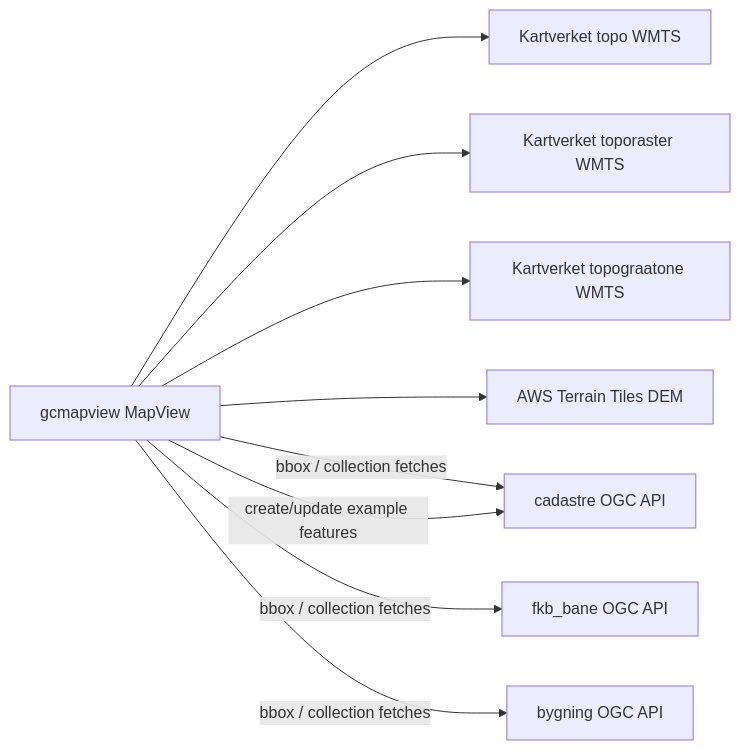
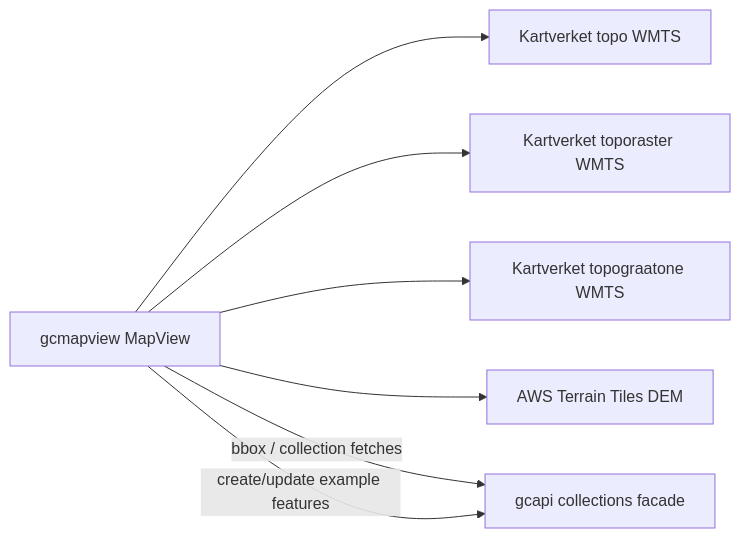
Before and after one commit to kartverket/topografisk-gdb-api: the ninth of 10 diagrams in docs/ARCHITECTURE.md, drawn with Mermaid. The commit also changed other lines of this file and 63 other files, not shown here.

First line of the commit message:
canonical OGC API facade (#87)

````diff
--- a/docs/ARCHITECTURE.md
+++ b/docs/ARCHITECTURE.md
@@ -357,20 +374,16 @@
 ```mermaid
 flowchart LR
   MV["gcmapview MapView"]
-  CAD["cadastre OGC API"]
-  BANE["fkb_bane OGC API"]
-  BYG["bygning OGC API"]
+  API["gcapi collections facade"]
   TOPO["Kartverket topo WMTS"]
   RASTER["Kartverket toporaster WMTS"]
   GRAY["Kartverket topograatone WMTS"]
   TERRAIN["AWS Terrain Tiles DEM"]
 
   MV --> TOPO
   MV --> RASTER
   MV --> GRAY
   MV --> TERRAIN
-  MV -->|bbox / collection fetches| CAD
-  MV -->|bbox / collection fetches| BANE
-  MV -->|bbox / collection fetches| BYG
-  MV -->|create/update example features| CAD
+  MV -->|bbox / collection fetches| API
+  MV -->|create/update example features| API
 ```
````
